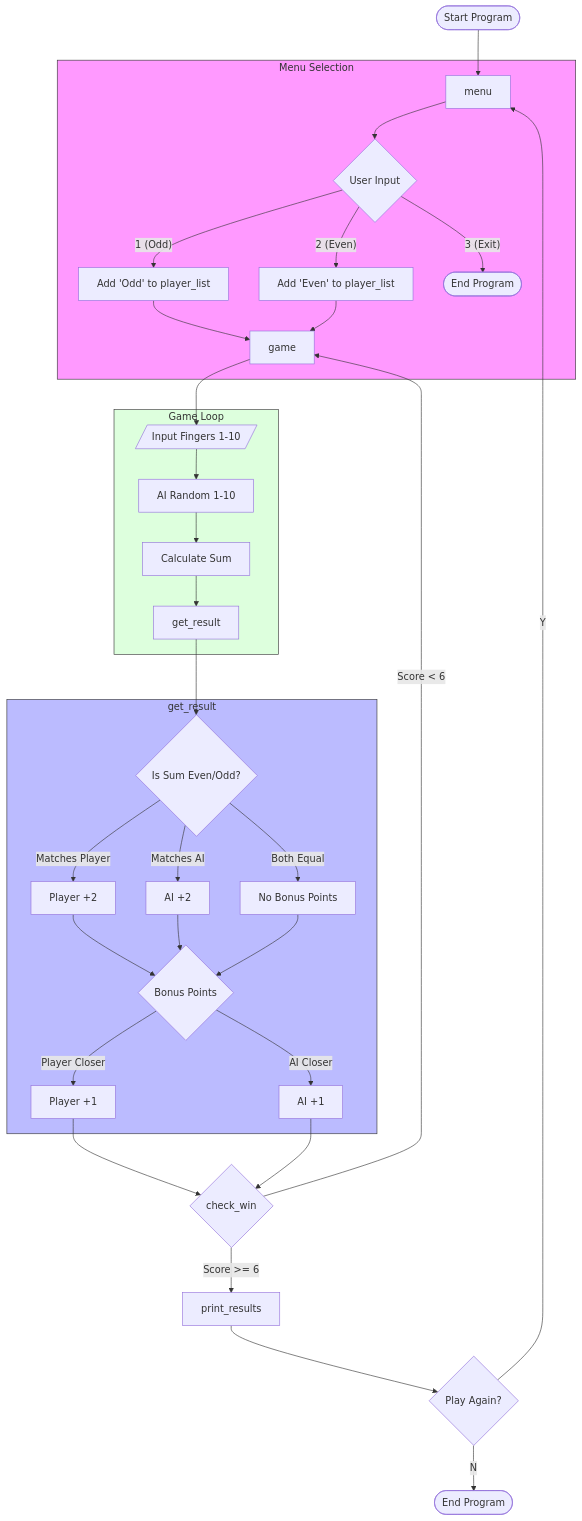
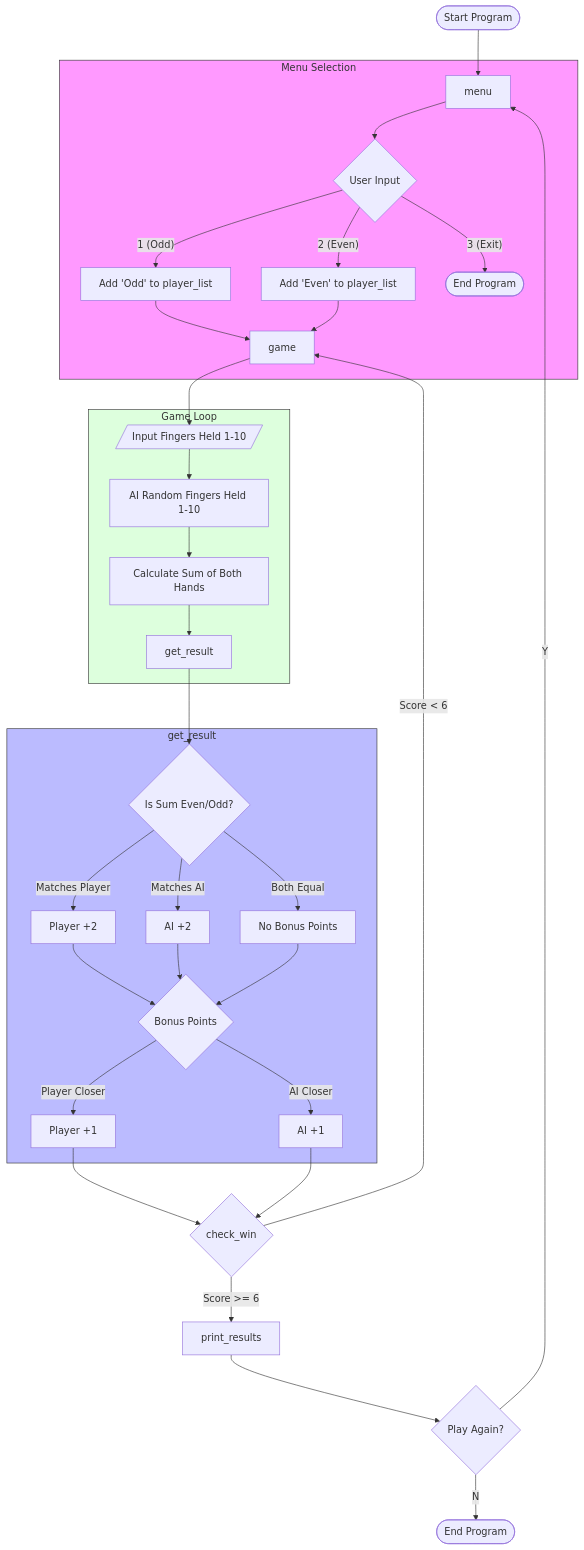
The diagram in Odds and Evens.md (a-Digi-a/Obsidian), drawn with Mermaid before and after one commit. The commit also changed 1 other file, not shown here.

Commit message:
vault backup: 2026-03-12 17:11:03

````diff
--- a/Odds and Evens.md
+++ b/Odds and Evens.md
@@ -171,48 +171,48 @@
 ```mermaid
 graph TD
     Start([Start Program]) --> Menu[menu]
     
     subgraph Menu_Function [Menu Selection]
     Menu --> InputMenu{User Input}
     InputMenu -- "1 (Odd)" --> SetOdd[Add 'Odd' to player_list]
     InputMenu -- "2 (Even)" --> SetEven[Add 'Even' to player_list]
     InputMenu -- "3 (Exit)" --> End([End Program])
     SetOdd --> Game[game]
     SetEven --> Game
     end
 
     subgraph Game_Logic [Game Loop]
-    Game --> FingerInput[/Input Fingers 1-10/]
-    FingerInput --> AI_Roll[AI Random 1-10]
-    AI_Roll --> Sum[Calculate Sum]
+    Game --> FingerInput[/Input Fingers Held 1-10/]
+    FingerInput --> AI_Roll[AI Random Fingers Held 1-10]
+    AI_Roll --> Sum[Calculate Sum of Both Hands]
     Sum --> Result[get_result]
     end
 
     subgraph Scoring [get_result]
-    Result --> ParityCheck{Is Sum Even/Odd?}
-    ParityCheck -- Matches Player --> PlayerPoints[Player +2]
-    ParityCheck -- Matches AI --> AIPoints[AI +2]
-    ParityCheck -- Both Equal --> BothEqual[No Bonus Points]
+    Result --> Check{Is Sum Even/Odd?}
+    Check -- Matches Player --> PlayerPoints[Player +2]
+    Check -- Matches AI --> AIPoints[AI +2]
+    Check -- Both Equal --> BothEqual[No Bonus Points]
     
     PlayerPoints --> bonus{Bonus Points}
     AIPoints --> bonus
     BothEqual --> bonus
     
     bonus -- Player Closer --> PBonus[Player +1]
     bonus -- AI Closer --> ABonus[AI +1]
     end
 
     PBonus --> CheckWin{check_win}
     ABonus --> CheckWin
 
     CheckWin -- Score < 6 --> Game
     CheckWin -- Score >= 6 --> Results[print_results]
     
     Results --> Replay{Play Again?}
     Replay -- "Y" --> Menu
     Replay -- "N" --> FinalEnd([End Program])
 
     style Menu_Function fill:#f9f,stroke:#333
     style Scoring fill:#bbf,stroke:#333
     style Game_Logic fill:#dfd,stroke:#333
 ```
````
